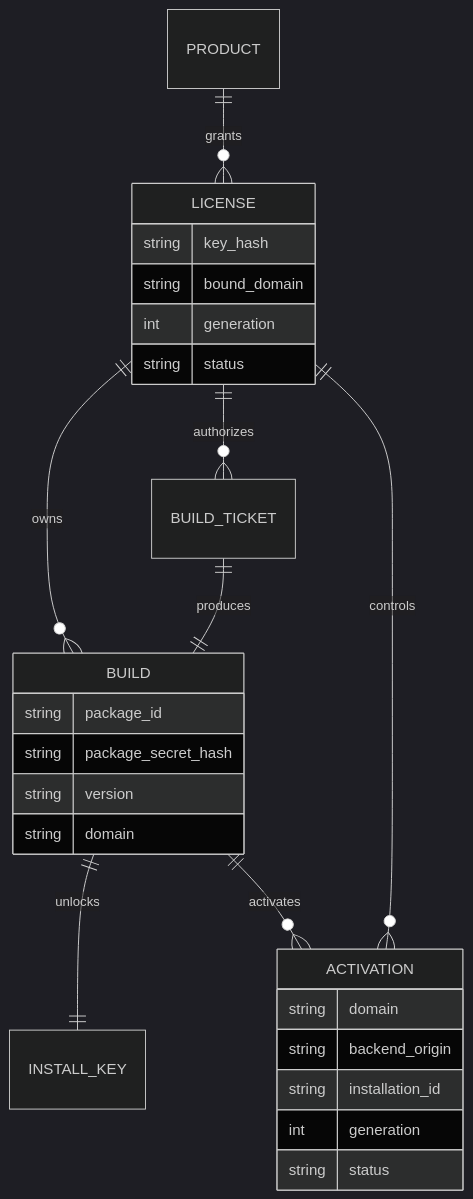
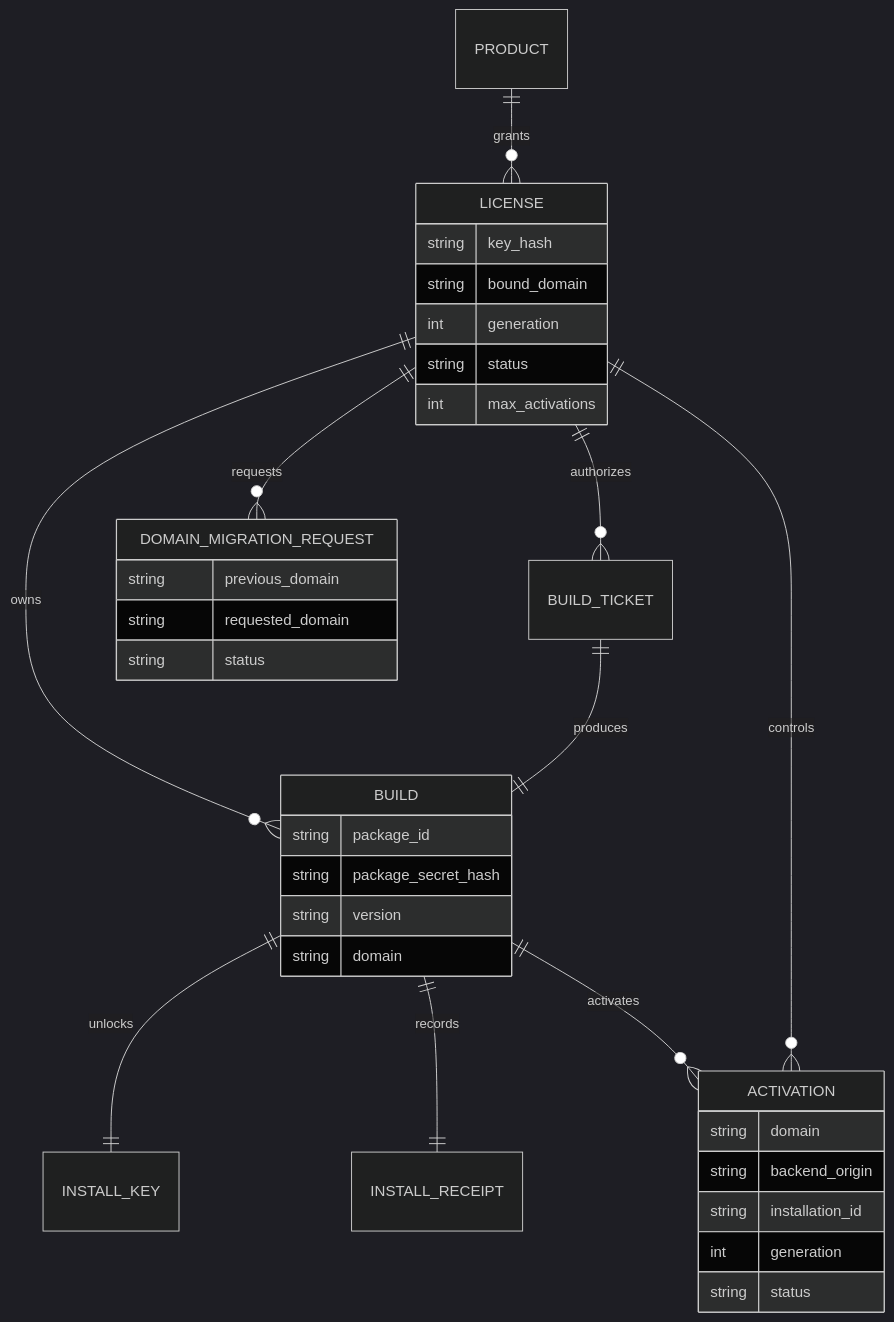
The diagram in docs/architecture.md (Jerry2586/Universal-authorization), drawn with Mermaid (dark theme) before and after one commit. The commit also changed other lines of this file and 56 other files, not shown here.

````diff
--- a/docs/architecture.md
+++ b/docs/architecture.md
@@ -35,30 +38,38 @@
 ```mermaid
 erDiagram
   PRODUCT ||--o{ LICENSE : grants
   LICENSE ||--o{ BUILD_TICKET : authorizes
   LICENSE ||--o{ BUILD : owns
+  LICENSE ||--o{ DOMAIN_MIGRATION_REQUEST : requests
   BUILD_TICKET ||--|| BUILD : produces
   BUILD ||--|| INSTALL_KEY : unlocks
+  BUILD ||--|| INSTALL_RECEIPT : records
   BUILD ||--o{ ACTIVATION : activates
   LICENSE ||--o{ ACTIVATION : controls
 
   LICENSE {
     string key_hash
     string bound_domain
     int generation
     string status
+    int max_activations
   }
   BUILD {
     string package_id
     string package_secret_hash
     string version
     string domain
   }
   ACTIVATION {
     string domain
     string backend_origin
     string installation_id
     int generation
     string status
   }
+  DOMAIN_MIGRATION_REQUEST {
+    string previous_domain
+    string requested_domain
+    string status
+  }
 ```
````
